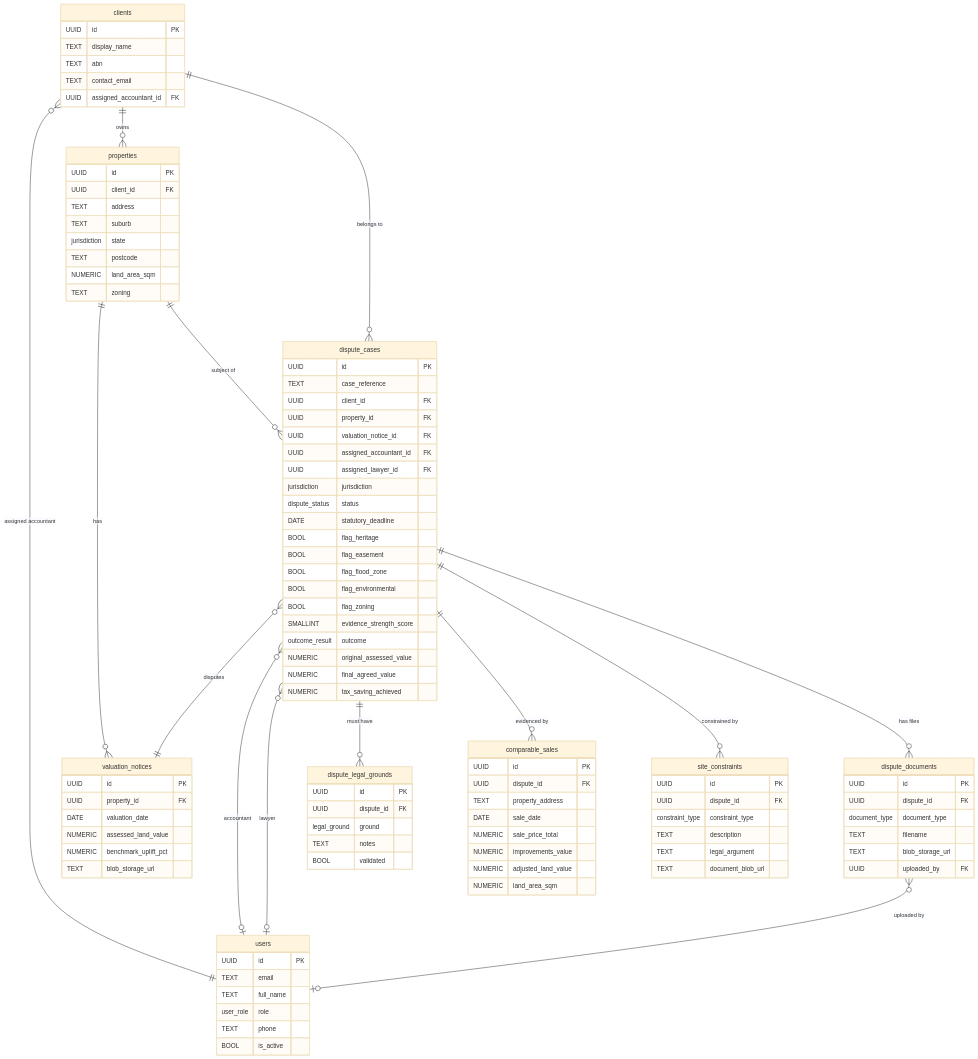
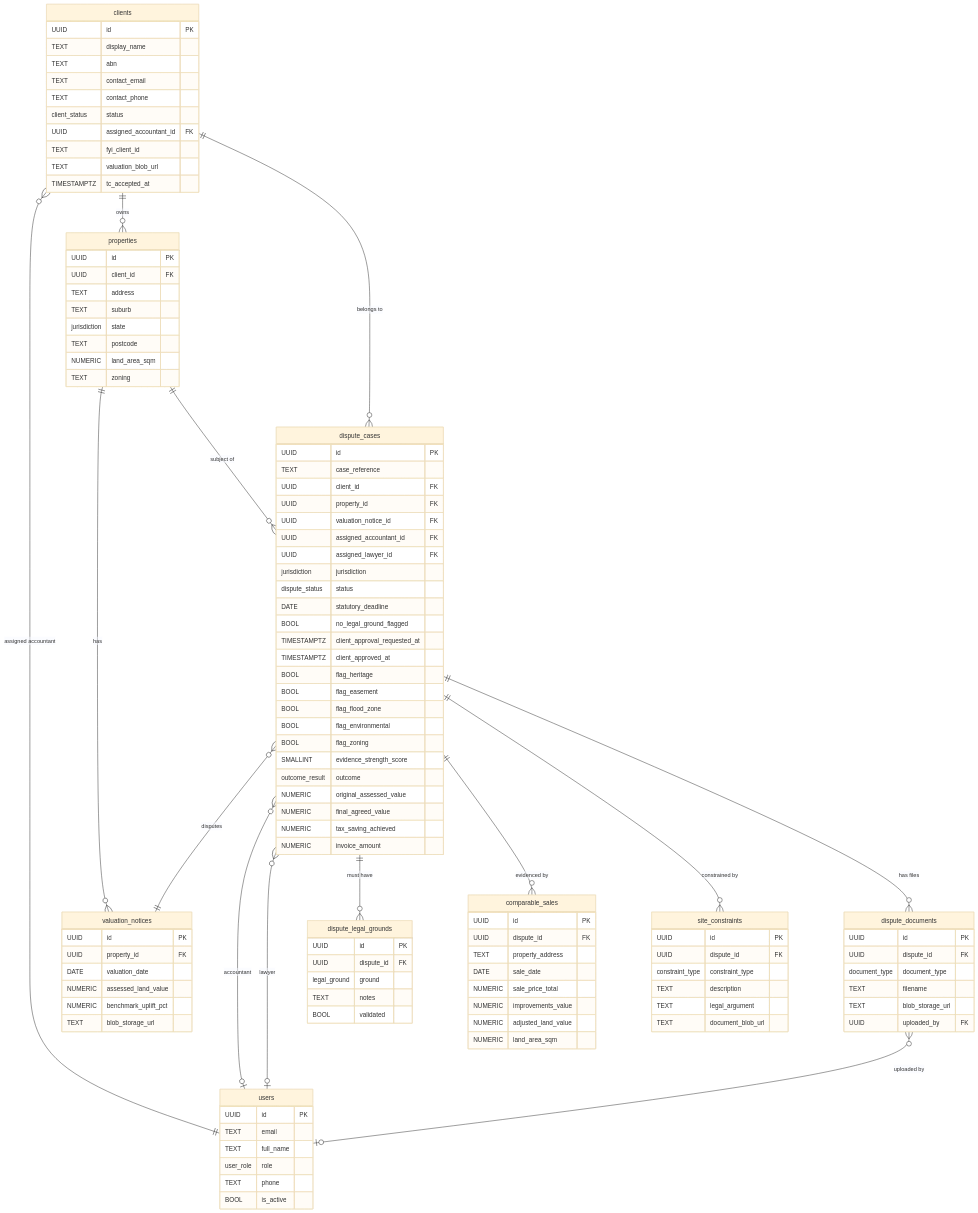
The diagram in land_tax_dispute_erd_mvp.mermaid (Avi-Sharabi/LandTaxObjection-server), drawn with Mermaid (base theme) before and after one commit. The commit also changed 58 other files, not shown here.

First line of the commit message:
feat: add dispute case and legal ground modules with CRUD operations

```diff
--- a/land_tax_dispute_erd_mvp.mermaid
+++ b/land_tax_dispute_erd_mvp.mermaid
@@ -1,112 +1,121 @@
 erDiagram
 
   users {
     UUID id PK
     TEXT email
     TEXT full_name
     user_role role
     TEXT phone
     BOOL is_active
   }
 
   clients {
     UUID id PK
     TEXT display_name
     TEXT abn
     TEXT contact_email
+    TEXT contact_phone
+    client_status status
     UUID assigned_accountant_id FK
+    TEXT fyi_client_id
+    TEXT valuation_blob_url
+    TIMESTAMPTZ tc_accepted_at
   }
 
   properties {
     UUID id PK
     UUID client_id FK
     TEXT address
     TEXT suburb
     jurisdiction state
     TEXT postcode
     NUMERIC land_area_sqm
     TEXT zoning
   }
 
   valuation_notices {
     UUID id PK
     UUID property_id FK
     DATE valuation_date
     NUMERIC assessed_land_value
     NUMERIC benchmark_uplift_pct
     TEXT blob_storage_url
   }
 
   dispute_cases {
     UUID id PK
     TEXT case_reference
     UUID client_id FK
     UUID property_id FK
     UUID valuation_notice_id FK
     UUID assigned_accountant_id FK
     UUID assigned_lawyer_id FK
     jurisdiction jurisdiction
     dispute_status status
     DATE statutory_deadline
+    BOOL no_legal_ground_flagged
+    TIMESTAMPTZ client_approval_requested_at
+    TIMESTAMPTZ client_approved_at
     BOOL flag_heritage
     BOOL flag_easement
     BOOL flag_flood_zone
     BOOL flag_environmental
     BOOL flag_zoning
     SMALLINT evidence_strength_score
     outcome_result outcome
     NUMERIC original_assessed_value
     NUMERIC final_agreed_value
     NUMERIC tax_saving_achieved
+    NUMERIC invoice_amount
   }
 
   dispute_legal_grounds {
     UUID id PK
     UUID dispute_id FK
     legal_ground ground
     TEXT notes
     BOOL validated
   }
 
   comparable_sales {
     UUID id PK
     UUID dispute_id FK
     TEXT property_address
     DATE sale_date
     NUMERIC sale_price_total
     NUMERIC improvements_value
     NUMERIC adjusted_land_value
     NUMERIC land_area_sqm
   }
 
   site_constraints {
     UUID id PK
     UUID dispute_id FK
     constraint_type constraint_type
     TEXT description
     TEXT legal_argument
     TEXT document_blob_url
   }
 
   dispute_documents {
     UUID id PK
     UUID dispute_id FK
     document_type document_type
     TEXT filename
     TEXT blob_storage_url
     UUID uploaded_by FK
   }
 
-  clients         }o--||  users                : "assigned accountant"
-  clients         ||--o{  properties           : "owns"
-  properties      ||--o{  valuation_notices    : "has"
-  properties      ||--o{  dispute_cases        : "subject of"
-  dispute_cases   }o--||  clients              : "belongs to"
-  dispute_cases   }o--||  valuation_notices    : "disputes"
-  dispute_cases   }o--o|  users                : "accountant"
-  dispute_cases   }o--o|  users                : "lawyer"
-  dispute_cases   ||--o{  dispute_legal_grounds : "must have"
-  dispute_cases   ||--o{  comparable_sales     : "evidenced by"
-  dispute_cases   ||--o{  site_constraints     : "constrained by"
-  dispute_cases   ||--o{  dispute_documents    : "has files"
-  dispute_documents }o--o| users               : "uploaded by"
+  clients         }o--||  users                 : "assigned accountant"
+  clients         ||--o{  properties             : "owns"
+  properties      ||--o{  valuation_notices      : "has"
+  properties      ||--o{  dispute_cases          : "subject of"
+  dispute_cases   }o--||  clients                : "belongs to"
+  dispute_cases   }o--||  valuation_notices      : "disputes"
+  dispute_cases   }o--o|  users                  : "accountant"
+  dispute_cases   }o--o|  users                  : "lawyer"
+  dispute_cases   ||--o{  dispute_legal_grounds  : "must have"
+  dispute_cases   ||--o{  comparable_sales       : "evidenced by"
+  dispute_cases   ||--o{  site_constraints       : "constrained by"
+  dispute_cases   ||--o{  dispute_documents      : "has files"
+  dispute_documents }o--o| users                 : "uploaded by"
```
